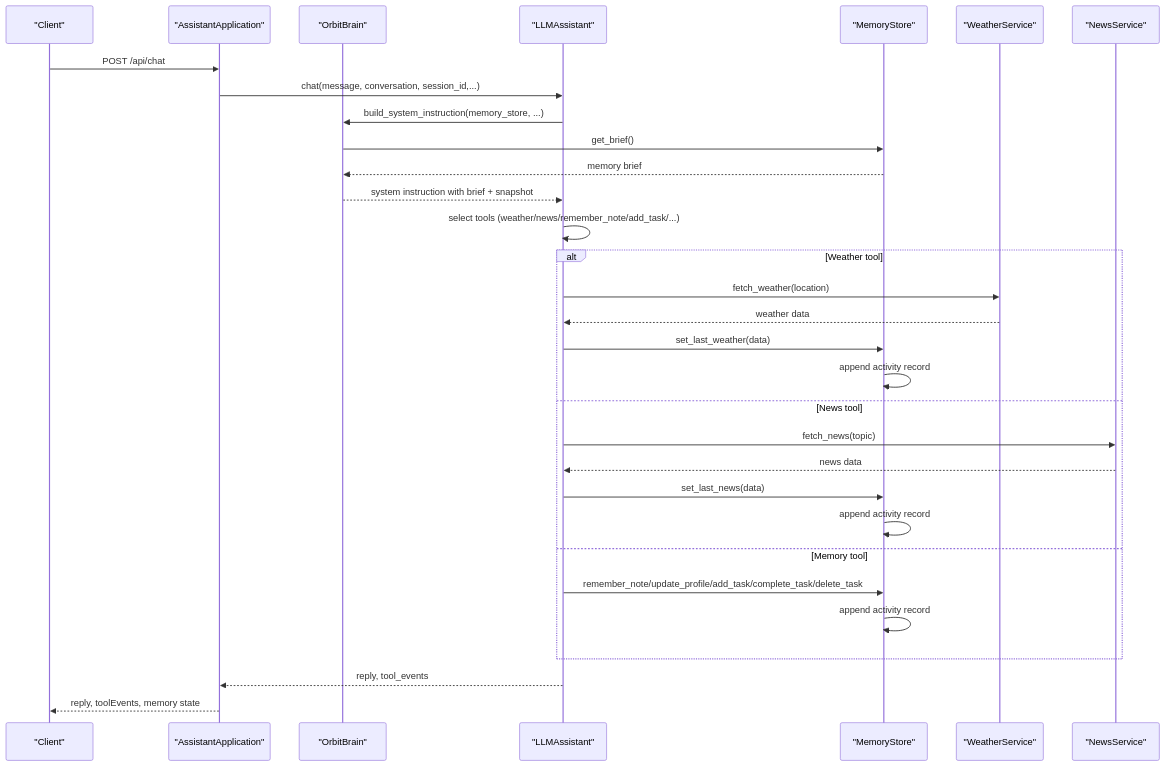
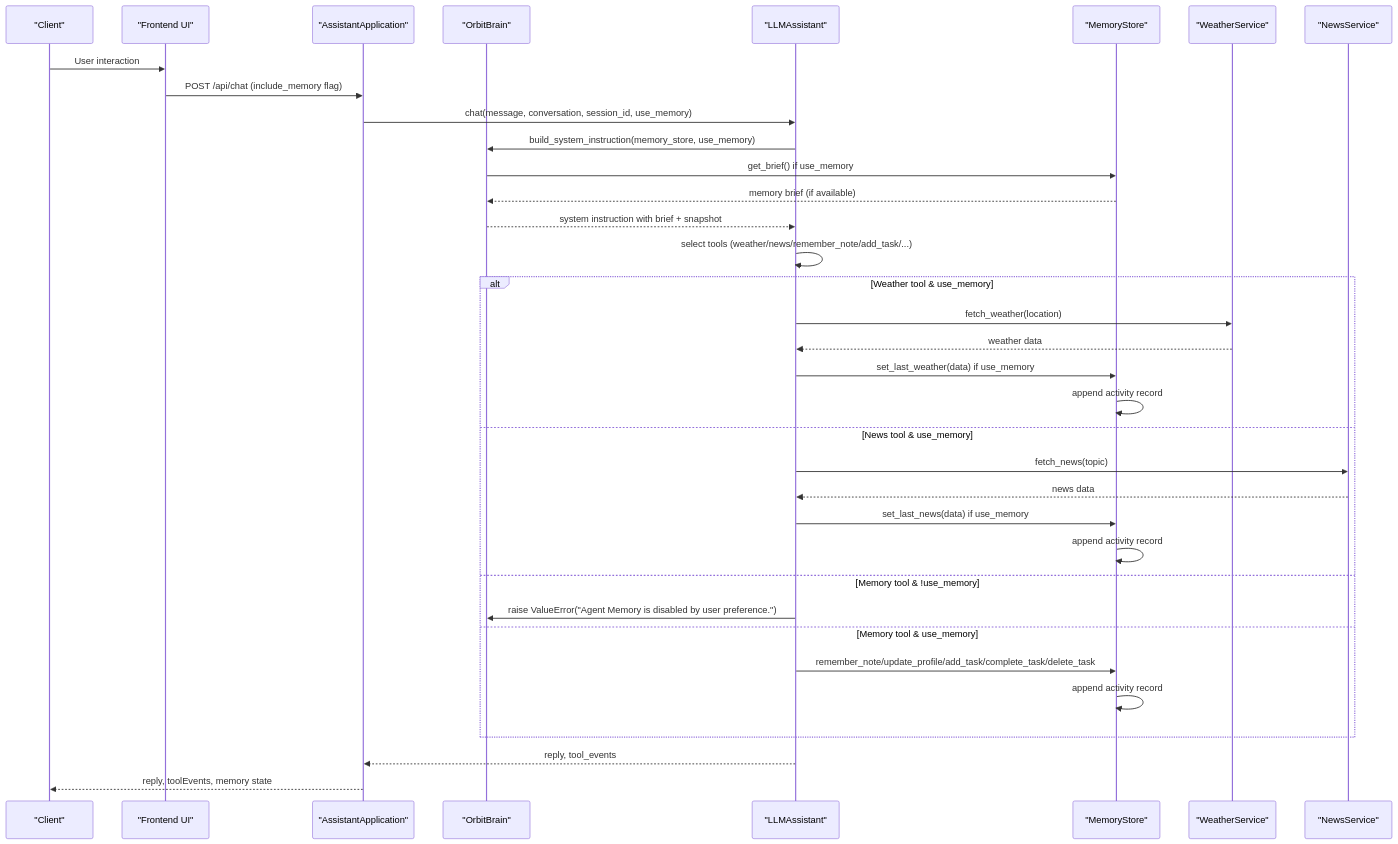
Before and after one commit to Sovetsky-Soyuz/AI-Assistant: the second of 9 diagrams in .qoder/repowiki/en/content/Backend Components/AI Assistant Engine/Memory Integration and Data Persistence.md, drawn with Mermaid. The commit also changed other lines of this file and 15 other files, not shown here.

````diff
--- a/.qoder/repowiki/en/content/Backend Components/AI Assistant Engine/Memory Integration and Data Persistence.md
+++ b/.qoder/repowiki/en/content/Backend Components/AI Assistant Engine/Memory Integration and Data Persistence.md
@@ -88,33 +107,37 @@
 ```mermaid
 sequenceDiagram
 participant Client as "Client"
+participant Frontend as "Frontend UI"
 participant Server as "AssistantApplication"
 participant Brain as "OrbitBrain"
 participant LLM as "LLMAssistant"
 participant Store as "MemoryStore"
 participant ExtW as "WeatherService"
 participant ExtN as "NewsService"
-Client->>Server : POST /api/chat
-Server->>LLM : chat(message, conversation, session_id,...)
-LLM->>Brain : build_system_instruction(memory_store, ...)
-Brain->>Store : get_brief()
-Store-->>Brain : memory brief
+Client->>Frontend : User interaction
+Frontend->>Server : POST /api/chat (include_memory flag)
+Server->>LLM : chat(message, conversation, session_id, use_memory)
+LLM->>Brain : build_system_instruction(memory_store, use_memory)
+Brain->>Store : get_brief() if use_memory
+Store-->>Brain : memory brief (if available)
 Brain-->>LLM : system instruction with brief + snapshot
 LLM->>LLM : select tools (weather/news/remember_note/add_task/...)
-alt Weather tool
+alt Weather tool & use_memory
 LLM->>ExtW : fetch_weather(location)
 ExtW-->>LLM : weather data
-LLM->>Store : set_last_weather(data)
+LLM->>Store : set_last_weather(data) if use_memory
 Store->>Store : append activity record
-else News tool
+else News tool & use_memory
 LLM->>ExtN : fetch_news(topic)
 ExtN-->>LLM : news data
-LLM->>Store : set_last_news(data)
+LLM->>Store : set_last_news(data) if use_memory
 Store->>Store : append activity record
-else Memory tool
+else Memory tool & !use_memory
+LLM->>Brain : raise ValueError("Agent Memory is disabled by user preference.")
+else Memory tool & use_memory
 LLM->>Store : remember_note/update_profile/add_task/complete_task/delete_task
 Store->>Store : append activity record
 end
 LLM-->>Server : reply, tool_events
 Server-->>Client : reply, toolEvents, memory state
 ```
````
